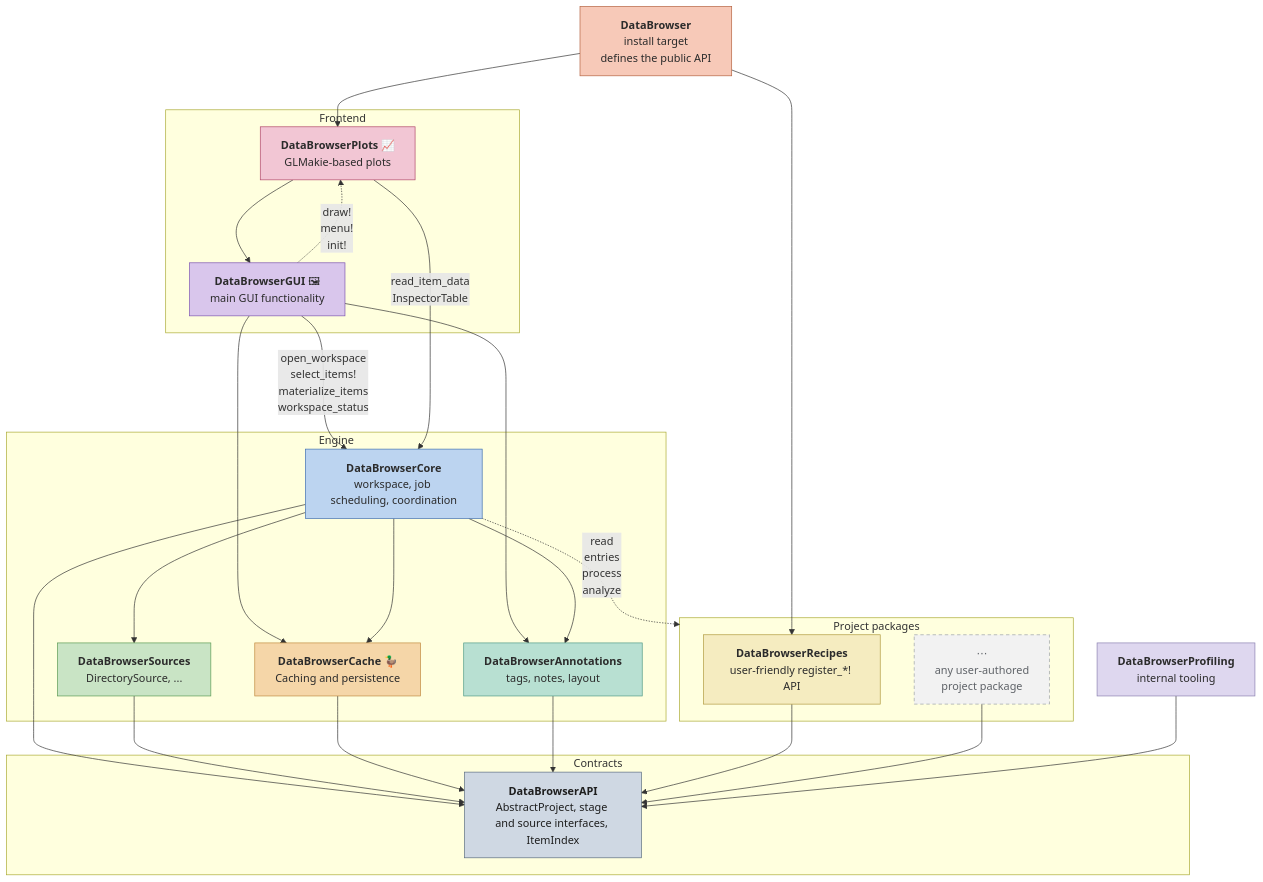
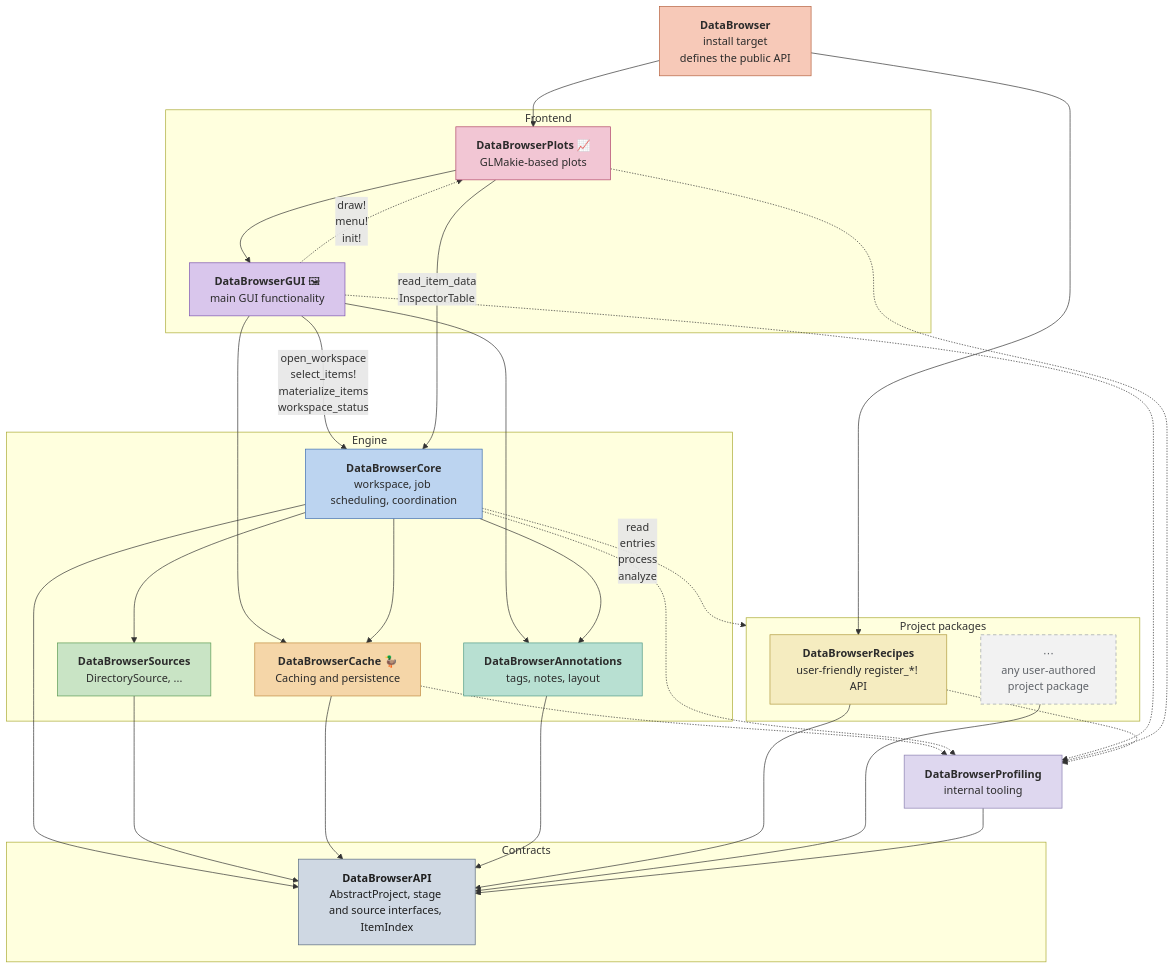
The first of 3 diagrams in docs/ARCHITECTURE.md (digiefel/MeasurementBrowser), drawn with Mermaid before and after one commit. The commit also changed other lines of this file, not shown here.

Commit message:
diagram improvements

````diff
--- a/docs/ARCHITECTURE.md
+++ b/docs/ARCHITECTURE.md
@@ -29,71 +29,76 @@
 ```mermaid
 flowchart TB
     db["<b>DataBrowser</b><br/>install target<br/>defines the public API"]
     prof["<b>DataBrowserProfiling</b><br/>internal tooling"]
 
     subgraph projects["Project packages"]
         recipes["<b>DataBrowserRecipes</b><br/>user-friendly register_*! API"]
         userpkg["⋯<br/>any user-authored<br/>project package"]
     end
 
     subgraph frontend["Frontend"]
         gui["<b>DataBrowserGUI</b> 🖼<br/>main GUI functionality"]
         plots["<b>DataBrowserPlots</b> 📈<br/>GLMakie-based plots"]
     end
 
     subgraph engine["Engine"]
         core["<b>DataBrowserCore</b><br/>workspace, job scheduling, coordination"]
         src["<b>DataBrowserSources</b><br/>DirectorySource, ..."]
         cache["<b>DataBrowserCache</b> 🦆<br/>Caching and persistence"]
         ann["<b>DataBrowserAnnotations</b><br/>tags, notes, layout"]
     end
 
     subgraph contracts["Contracts"]
         api["<b>DataBrowserAPI</b><br/>AbstractProject, stage and source interfaces, ItemIndex"]
     end
 
     db --> recipes
     db --> plots
     gui -->|"open_workspace<br/>select_items!<br/>materialize_items<br/>workspace_status"| core
     gui --> cache
     gui --> ann
     plots --> gui
     plots -->|"read_item_data<br/>InspectorTable"| core
     core --> src
     core --> cache
     core --> ann
     core --> api
     src --> api
     cache --> api
     ann --> api
     recipes --> api
     userpkg --> api
     prof --> api
 
     core -.->|"read<br/>entries<br/>process<br/>analyze"| projects
     gui -.->|"draw!<br/>menu!<br/>init!"| plots
+    cache -.-> prof
+    core -.-> prof
+    gui -.-> prof
+    plots -.-> prof
+    recipes -.-> prof
 
     classDef umbrellaC fill:#f7c9b8,stroke:#b5623f,color:#2b2b2b
     classDef plotsC fill:#f2c6d4,stroke:#b0466a,color:#2b2b2b
     classDef guiC fill:#d9c6ec,stroke:#7d54b0,color:#2b2b2b
     classDef coreC fill:#bcd4f0,stroke:#3f6fb0,color:#2b2b2b
     classDef recipesC fill:#f5ecc0,stroke:#b09a3f,color:#2b2b2b
     classDef srcC fill:#c9e4c5,stroke:#5a9a52,color:#2b2b2b
     classDef cacheC fill:#f5d6a8,stroke:#c08a3f,color:#2b2b2b
     classDef annC fill:#b8e0d2,stroke:#4f9a86,color:#2b2b2b
     classDef profC fill:#ded7ef,stroke:#8a7fb0,color:#2b2b2b
     classDef apiC fill:#cfd8e3,stroke:#5a6b80,color:#1e1e1e
     classDef ghostC fill:#f2f2f2,stroke:#9aa0a6,stroke-dasharray:5 4,color:#5f6368
 
     class userpkg ghostC
     class db umbrellaC
     class plots plotsC
     class gui guiC
     class core coreC
     class recipes recipesC
     class src srcC
     class cache cacheC
     class ann annC
     class prof profC
     class api apiC
 ```
````
